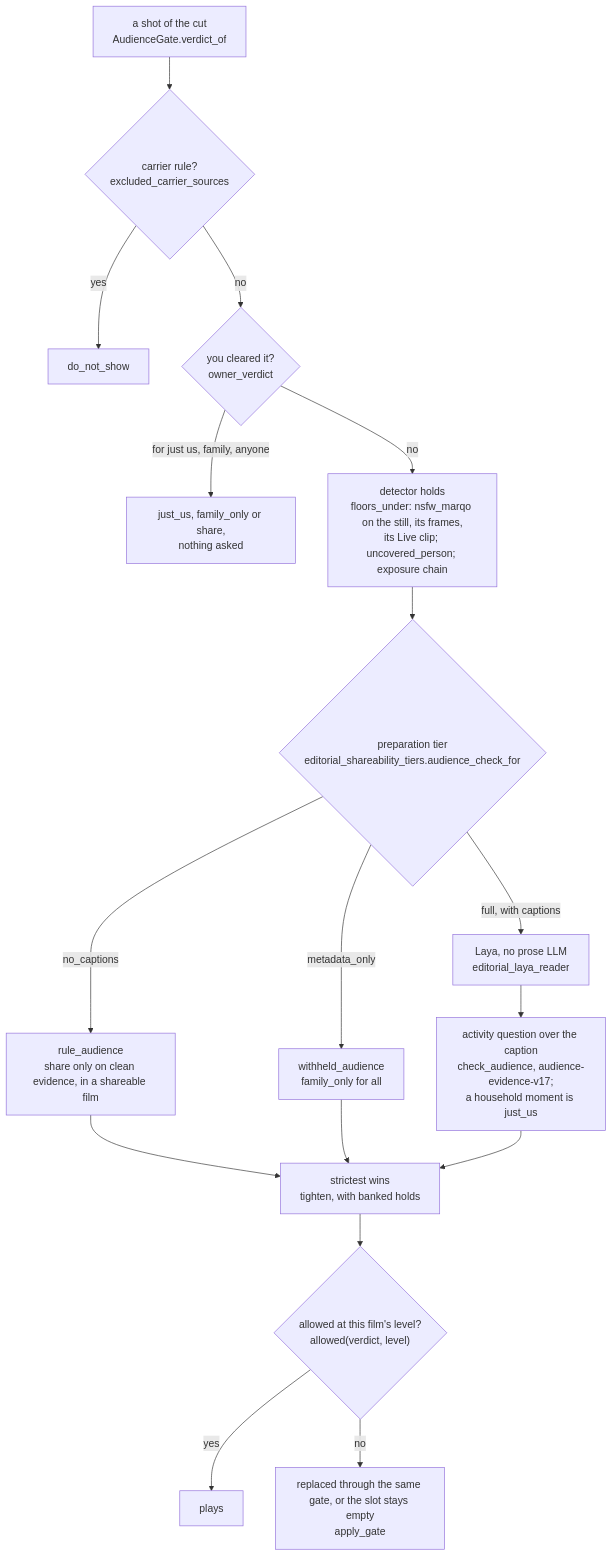
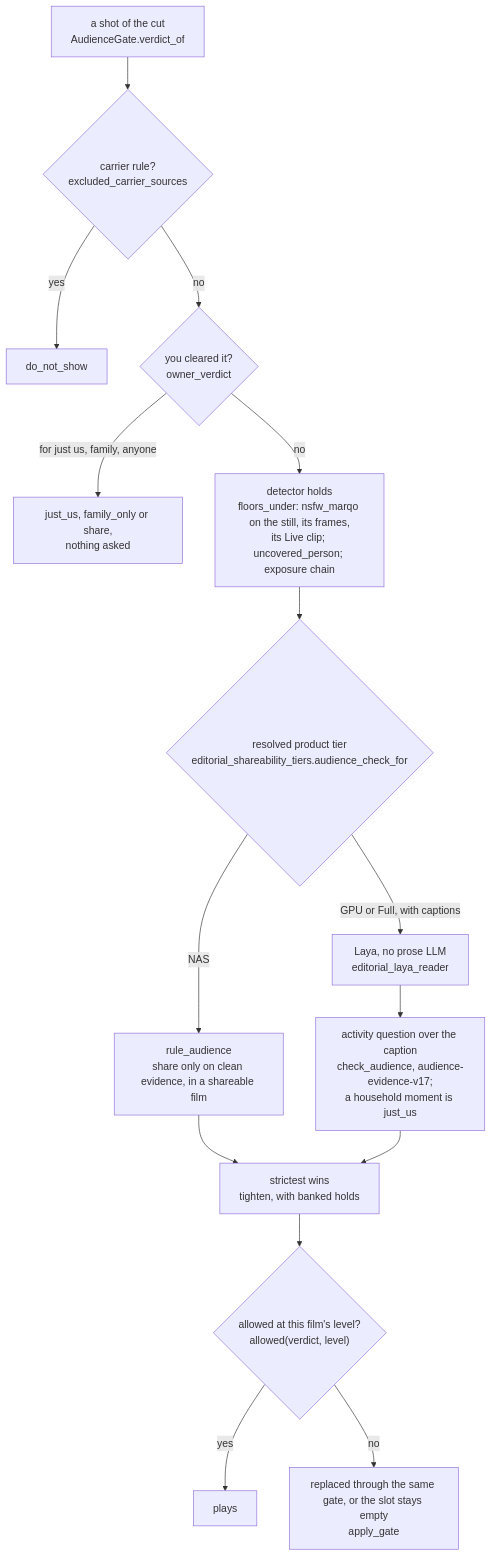
The second of 2 diagrams in docs-site/docs/how-it-chooses/family-audience-duplicates.md (sam-dumont/immich-memories), drawn with Mermaid before and after one commit. The commit also changed other lines of this file and 10 other files, not shown here.

Commit message:
docs(tiers): explain bounded refinement and readable phone diagrams

````diff
--- a/docs-site/docs/how-it-chooses/family-audience-duplicates.md
+++ b/docs-site/docs/how-it-chooses/family-audience-duplicates.md
@@ -101,19 +101,17 @@
 ```mermaid
 flowchart TD
   shot["a shot of the cut<br/>AudienceGate.verdict_of"] --> rule{"carrier rule?<br/>excluded_carrier_sources"}
   rule -- yes --> dns["do_not_show"]
   rule -- no --> owner{"you cleared it?<br/>owner_verdict"}
   owner -- "for just us, family, anyone" --> ov["just_us, family_only or share,<br/>nothing asked"]
   owner -- no --> floor["detector holds<br/>floors_under: nsfw_marqo on the still, its frames,<br/>its Live clip; uncovered_person; exposure chain"]
-  floor --> tier{"preparation tier<br/>editorial_shareability_tiers.audience_check_for"}
-  tier -- "no_captions" --> ra["rule_audience<br/>share only on clean evidence, in a shareable film"]
-  tier -- "metadata_only" --> wa["withheld_audience<br/>family_only for all"]
-  tier -- "full, with captions" --> laya["Laya, no prose LLM<br/>editorial_laya_reader"]
+  floor --> tier{"resolved product tier<br/>editorial_shareability_tiers.audience_check_for"}
+  tier -- "NAS" --> ra["rule_audience<br/>share only on clean evidence, in a shareable film"]
+  tier -- "GPU or Full, with captions" --> laya["Laya, no prose LLM<br/>editorial_laya_reader"]
   laya --> ca["activity question over the caption<br/>check_audience, audience-evidence-v17;<br/>a household moment is just_us"]
   ra --> strict["strictest wins<br/>tighten, with banked holds"]
-  wa --> strict
   ca --> strict
   strict --> allowed{"allowed at this film's level?<br/>allowed(verdict, level)"}
   allowed -- yes --> keep["plays"]
   allowed -- no --> repl["replaced through the same gate, or the slot stays empty<br/>apply_gate"]
 ```
````
